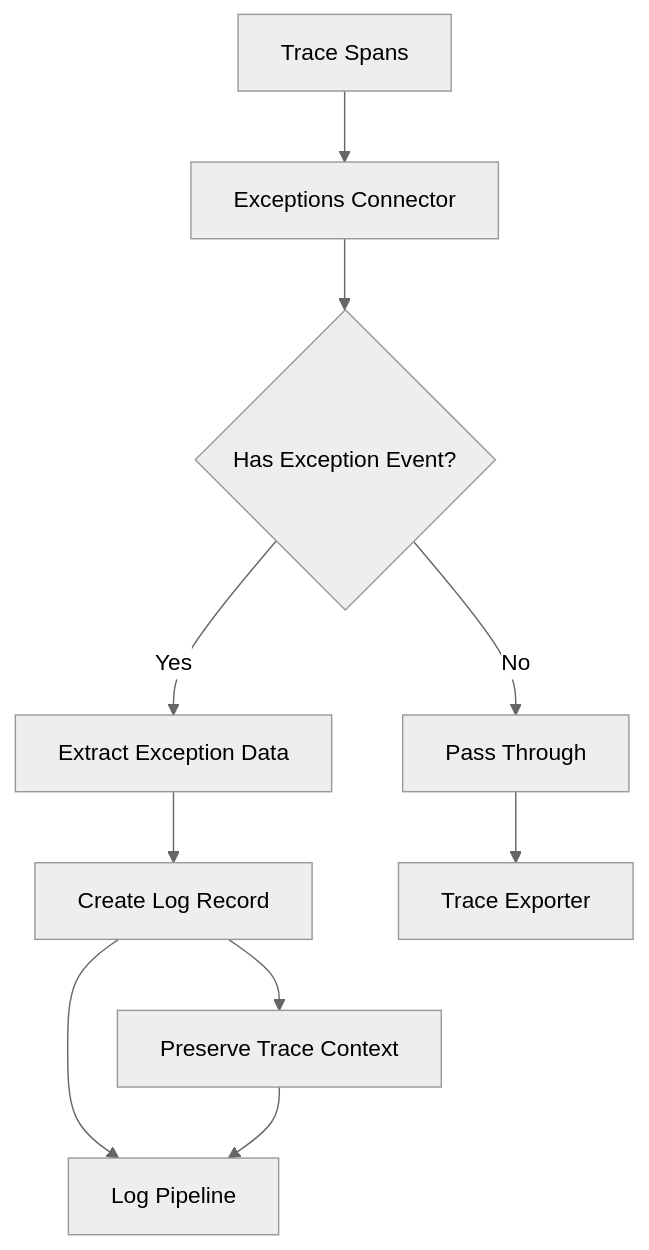
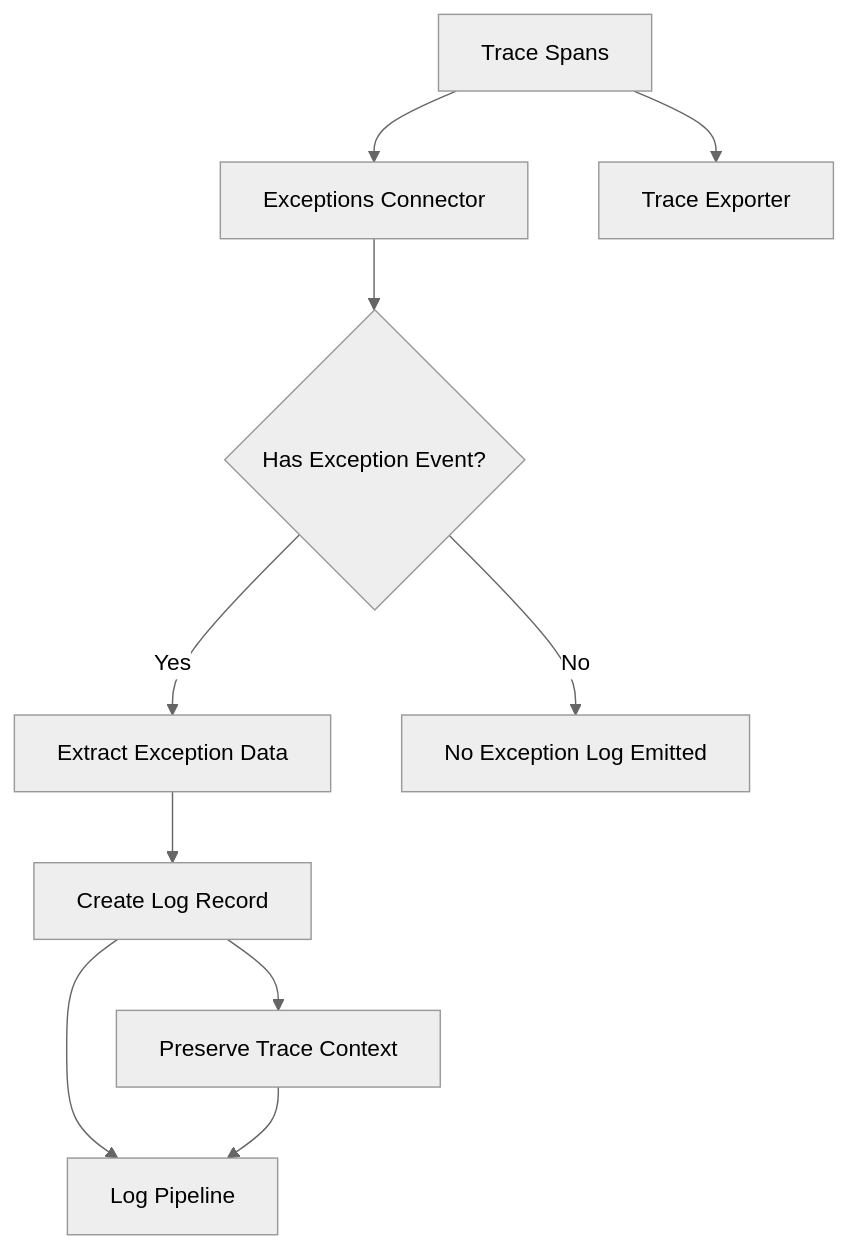
Before and after one commit to OneUptime/blog: the diagram in posts/2026-02-06-exceptions-connector-opentelemetry-collector/README.md, drawn with Mermaid (neutral theme). The commit also changed other lines of this file and 2 other files, not shown here.

````diff
--- a/posts/2026-02-06-exceptions-connector-opentelemetry-collector/README.md
+++ b/posts/2026-02-06-exceptions-connector-opentelemetry-collector/README.md
@@ -25,12 +25,12 @@
 ```mermaid
 graph TB
     A[Trace Spans] --> B[Exceptions Connector]
     B --> C{Has Exception Event?}
     C -->|Yes| D[Extract Exception Data]
-    C -->|No| E[Pass Through]
+    C -->|No| E[No Exception Log Emitted]
     D --> F[Create Log Record]
     F --> G[Log Pipeline]
-    E --> H[Trace Exporter]
+    A --> H[Trace Exporter]
     F --> I[Preserve Trace Context]
     I --> G
 ```
````
